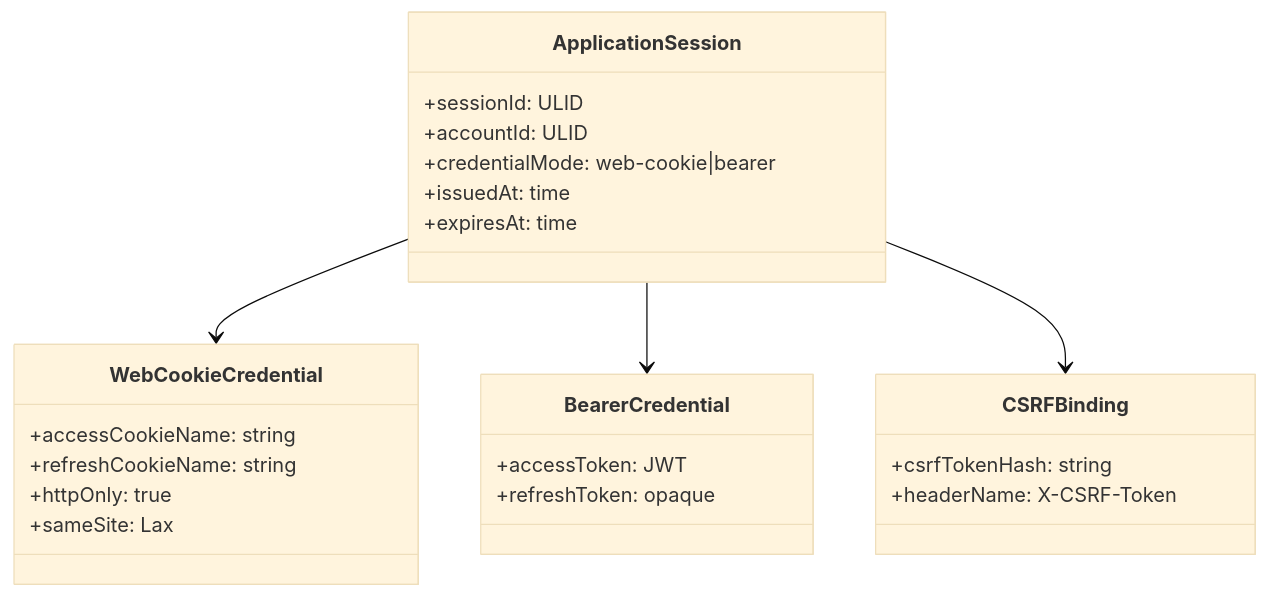
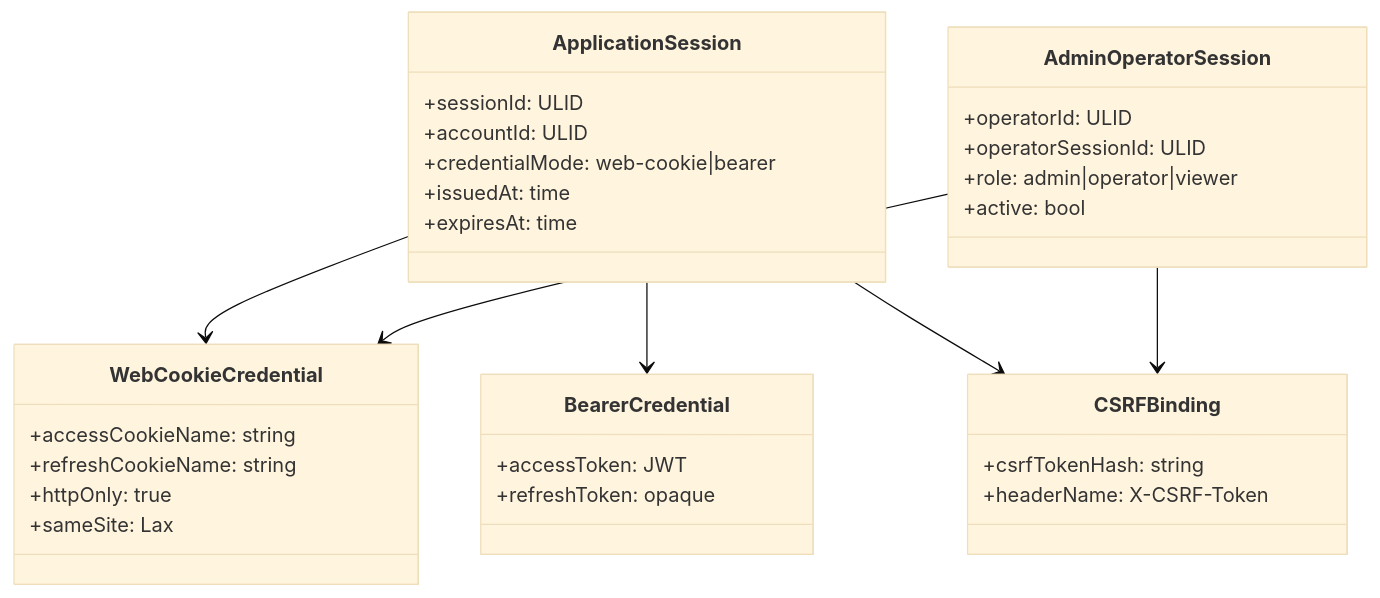
The fourth of 5 diagrams in openspec/changes/product-cookie-bearer-auth/design.md (witwire-net/www-template), drawn with Mermaid (base theme) before and after one commit. The commit also changed other lines of this file and 6 other files, not shown here.

````diff
--- a/openspec/changes/product-cookie-bearer-auth/design.md
+++ b/openspec/changes/product-cookie-bearer-auth/design.md
@@ -160,27 +323,35 @@
 ```mermaid
 classDiagram
   class ApplicationSession {
     +sessionId: ULID
     +accountId: ULID
     +credentialMode: web-cookie|bearer
     +issuedAt: time
     +expiresAt: time
   }
   class WebCookieCredential {
     +accessCookieName: string
     +refreshCookieName: string
     +httpOnly: true
     +sameSite: Lax
   }
+  class AdminOperatorSession {
+    +operatorId: ULID
+    +operatorSessionId: ULID
+    +role: admin|operator|viewer
+    +active: bool
+  }
   class BearerCredential {
     +accessToken: JWT
     +refreshToken: opaque
   }
   class CSRFBinding {
     +csrfTokenHash: string
     +headerName: X-CSRF-Token
   }
   ApplicationSession --> WebCookieCredential
+  AdminOperatorSession --> WebCookieCredential
   ApplicationSession --> BearerCredential
   ApplicationSession --> CSRFBinding
+  AdminOperatorSession --> CSRFBinding
 ```
````
